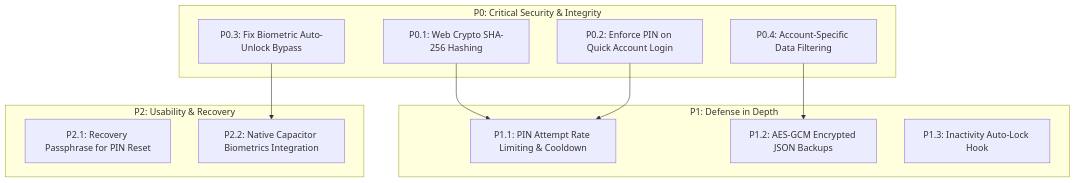
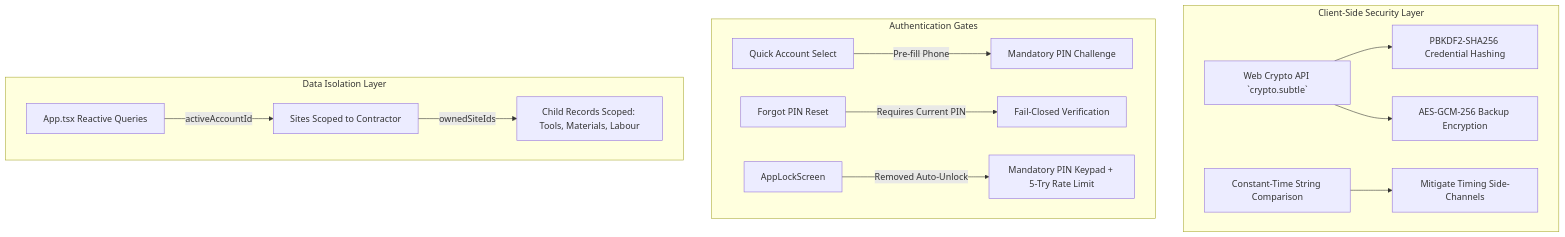
One commit to vishesh-i-tech/SiteManager changed the diagram in docs/AUTHENTICATION.md. Above: the diagram before and after it, drawn with Mermaid. The commit also changed other lines of this file and 12 other files, not shown here.

First line of the commit message:
feat(security): implement cryptographic storage, PIN recovery, restore safety, and Google Drive foundation

````diff
--- a/docs/AUTHENTICATION.md
+++ b/docs/AUTHENTICATION.md
@@ -286,25 +283,19 @@
 ```mermaid
 graph TD
-    subgraph P0: Critical Security & Integrity
-        P0A[P0.1: Web Crypto SHA-256 Hashing]
-        P0B[P0.2: Enforce PIN on Quick Account Login]
-        P0C[P0.3: Fix Biometric Auto-Unlock Bypass]
-        P0D[P0.4: Account-Specific Data Filtering]
+    subgraph Client-Side Security Layer
+        A[Web Crypto API `crypto.subtle`] --> B[PBKDF2-SHA256 Credential Hashing]
+        A --> C[AES-GCM-256 Backup Encryption]
+        D[Constant-Time String Comparison] --> E[Mitigate Timing Side-Channels]
     end
 
-    subgraph P1: Defense in Depth
-        P1A[P1.1: PIN Attempt Rate Limiting & Cooldown]
-        P1B[P1.2: AES-GCM Encrypted JSON Backups]
-        P1C[P1.3: Inactivity Auto-Lock Hook]
+    subgraph Authentication Gates
+        F[Quick Account Select] -->|Pre-fill Phone| G[Mandatory PIN Challenge]
+        H[Forgot PIN Reset] -->|Requires Current PIN| I[Fail-Closed Verification]
+        J[AppLockScreen] -->|Removed Auto-Unlock| K[Mandatory PIN Keypad + 5-Try Rate Limit]
     end
 
-    subgraph P2: Usability & Recovery
-        P2A[P2.1: Recovery Passphrase for PIN Reset]
-        P2B[P2.2: Native Capacitor Biometrics Integration]
+    subgraph Data Isolation Layer
+        L[App.tsx Reactive Queries] -->|activeAccountId| M[Sites Scoped to Contractor]
+        M -->|ownedSiteIds| N[Child Records Scoped: Tools, Materials, Labour]
     end
-
-    P0A --> P1A
-    P0B --> P1A
-    P0C --> P2B
-    P0D --> P1B
 ```
````
